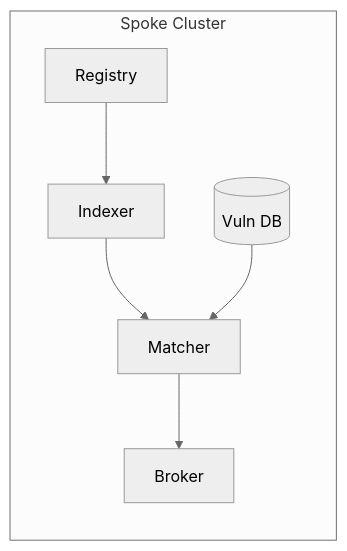
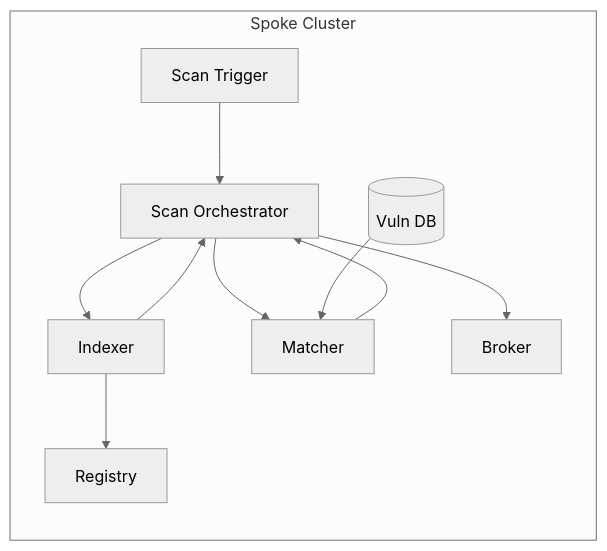
One commit to kylape/acs-next changed the second of 4 diagrams in docs/architecture/components/scanner.md. Above: the diagram before and after it, drawn with Mermaid (neutral theme). The commit also changed other lines of this file and 7 other files, not shown here.

````diff
--- a/docs/architecture/components/scanner.md
+++ b/docs/architecture/components/scanner.md
@@ -44,8 +55,13 @@
 ```mermaid
 graph LR
     subgraph spoke["Spoke Cluster"]
-        Registry --> Indexer --> Matcher
+        Trigger[Scan Trigger] --> Orch[Scan Orchestrator]
+        Orch --> Indexer
+        Indexer --> Registry[Registry]
+        Indexer --> Orch
+        Orch --> Matcher
+        Matcher --> Orch
         VulnDB[(Vuln DB)] --> Matcher
-        Matcher --> Broker
+        Orch --> Broker
     end
 ```
````
